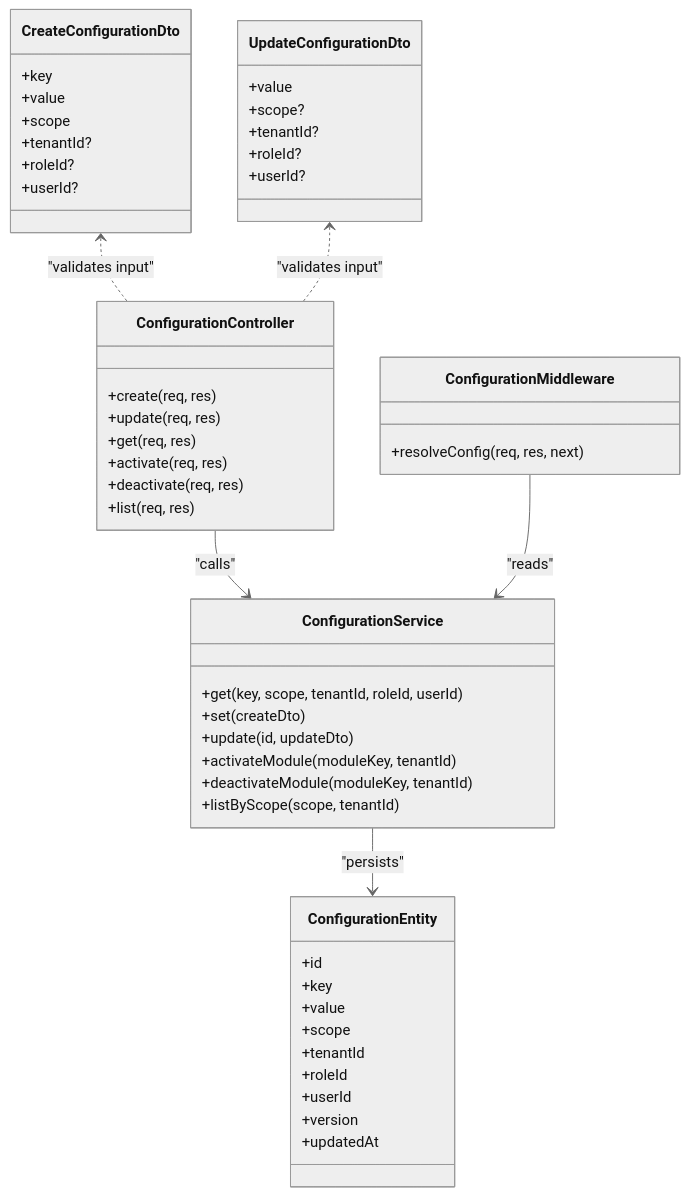
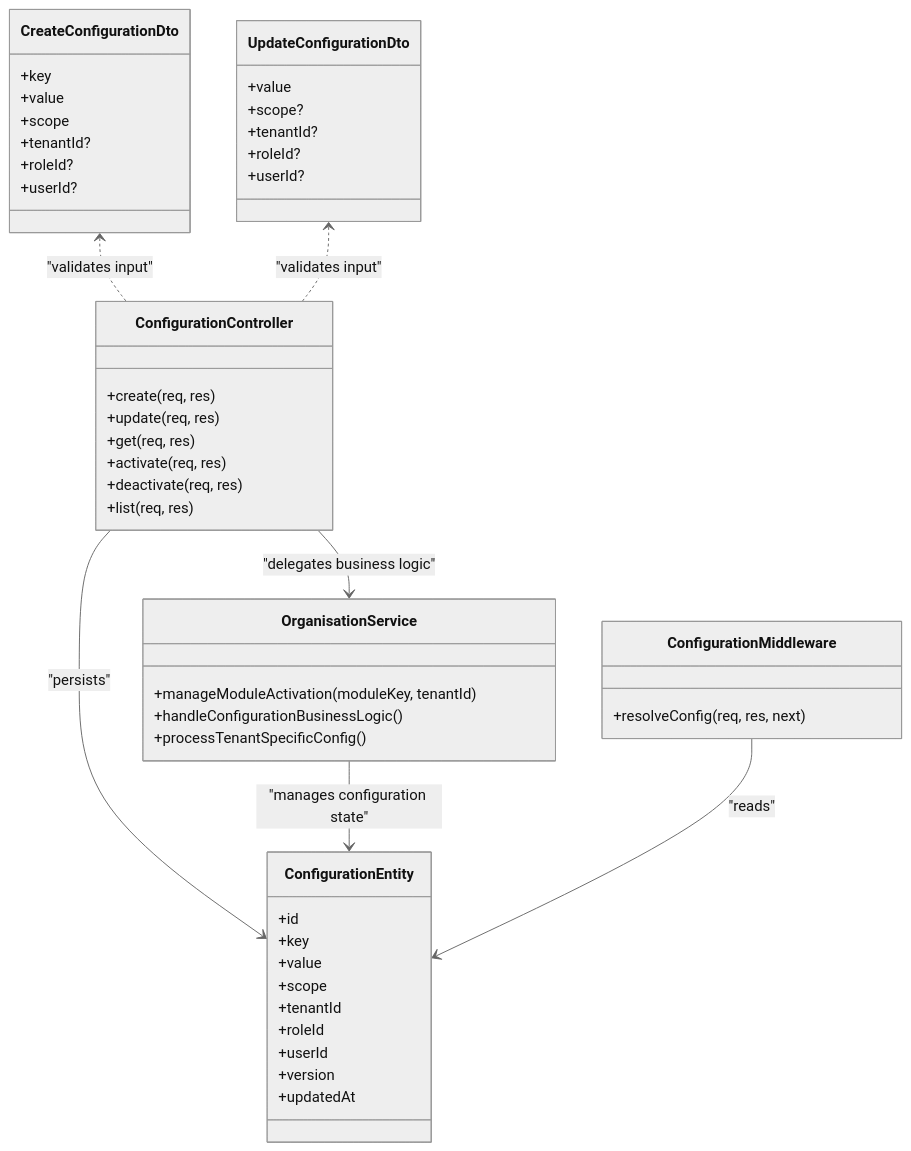
Before and after one commit to franckylab/eLISAschool: the second of 5 diagrams in .qoder/repowiki/en/content/Core Systems/Configuration Management.md, drawn with Mermaid (neutral theme). The commit also changed other lines of this file and 35 other files, not shown here.

First line of the commit message:
refactor(configuration): redistribuer la gestion de la configuration vers architecture distribuée

````diff
--- a/.qoder/repowiki/en/content/Core Systems/Configuration Management.md
+++ b/.qoder/repowiki/en/content/Core Systems/Configuration Management.md
@@ -147,53 +145,51 @@
 ```mermaid
 classDiagram
 class ConfigurationEntity {
 +id
 +key
 +value
 +scope
 +tenantId
 +roleId
 +userId
 +version
 +updatedAt
 }
 class CreateConfigurationDto {
 +key
 +value
 +scope
 +tenantId?
 +roleId?
 +userId?
 }
 class UpdateConfigurationDto {
 +value
 +scope?
 +tenantId?
 +roleId?
 +userId?
 }
-class ConfigurationService {
-+get(key, scope, tenantId, roleId, userId)
-+set(createDto)
-+update(id, updateDto)
-+activateModule(moduleKey, tenantId)
-+deactivateModule(moduleKey, tenantId)
-+listByScope(scope, tenantId)
-}
 class ConfigurationController {
 +create(req, res)
 +update(req, res)
 +get(req, res)
 +activate(req, res)
 +deactivate(req, res)
 +list(req, res)
 }
+class OrganisationService {
++manageModuleActivation(moduleKey, tenantId)
++handleConfigurationBusinessLogic()
++processTenantSpecificConfig()
+}
 class ConfigurationMiddleware {
 +resolveConfig(req, res, next)
 }
-ConfigurationController --> ConfigurationService : "calls"
-ConfigurationService --> ConfigurationEntity : "persists"
-ConfigurationMiddleware --> ConfigurationService : "reads"
+ConfigurationController --> ConfigurationEntity : "persists"
+ConfigurationController --> OrganisationService : "delegates business logic"
+OrganisationService --> ConfigurationEntity : "manages configuration state"
+ConfigurationMiddleware --> ConfigurationEntity : "reads"
 CreateConfigurationDto <.. ConfigurationController : "validates input"
 UpdateConfigurationDto <.. ConfigurationController : "validates input"
 ```
````
